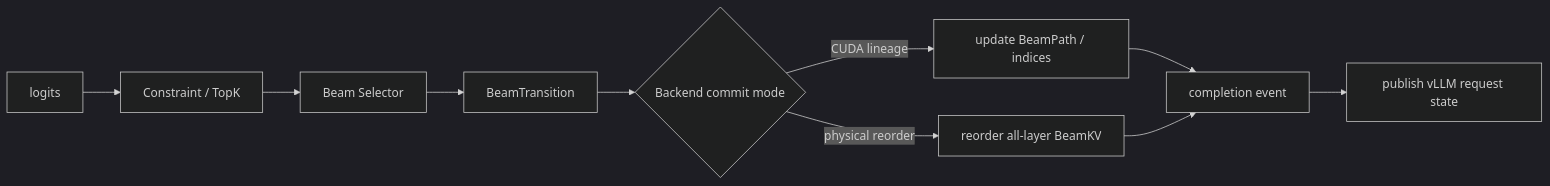
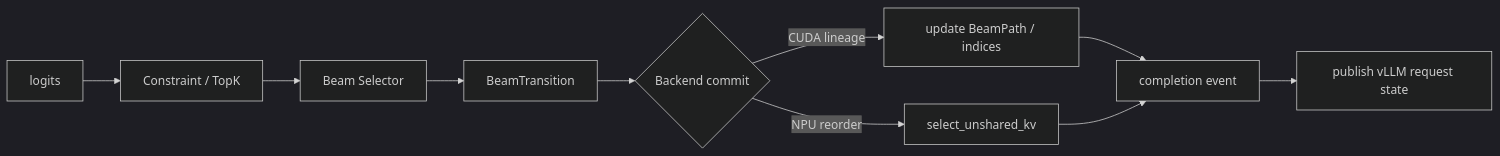
One commit to zhanghanleo10/gr-related changed the seventh of 9 diagrams in GR/beam_incremental_decode_unified_architecture_design.md. Above: the diagram before and after it, drawn with Mermaid (dark theme). The commit also changed other lines of this file, not shown here.

````diff
--- a/GR/beam_incremental_decode_unified_architecture_design.md
+++ b/GR/beam_incremental_decode_unified_architecture_design.md
@@ -604,12 +598,12 @@
 ```mermaid
 flowchart LR
     L["logits"] --> C["Constraint / TopK"]
     C --> S["Beam Selector"]
     S --> T["BeamTransition"]
-    T --> CM{"Backend commit mode"}
+    T --> CM{"Backend commit"}
     CM -->|CUDA lineage| LG["update BeamPath / indices"]
-    CM -->|physical reorder| RO["reorder all-layer BeamKV"]
+    CM -->|NPU reorder| RO["select_unshared_kv"]
     LG --> EV["completion event"]
     RO --> EV
     EV --> PB["publish vLLM request state"]
 ```
````
